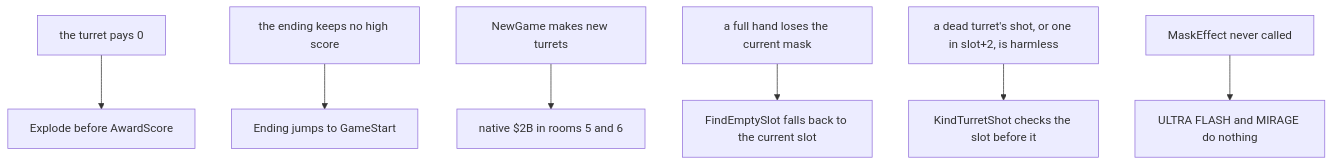
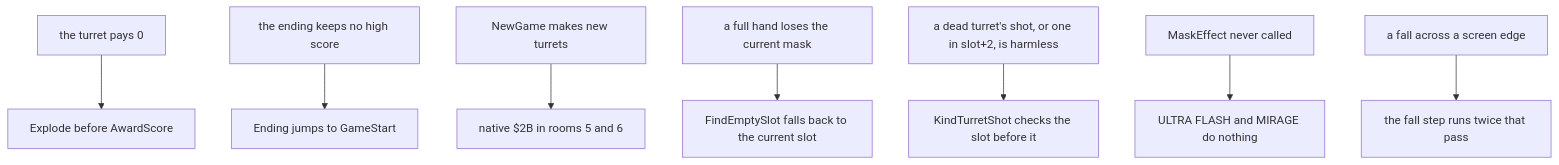
One commit to alfishe/unrealng-reverse-cases changed diagram 21 of 22 in games/mask-iii/docs/10-gameplay-logic.md. Above: the diagram before and after it, drawn with Mermaid. The commit also changed other lines of this file and 20 other files, not shown here.

````diff
--- a/games/mask-iii/docs/10-gameplay-logic.md
+++ b/games/mask-iii/docs/10-gameplay-logic.md
@@ -1667,9 +1669,10 @@
 ```mermaid
 flowchart TD
     B1["the turret pays 0"] --> S1["Explode before AwardScore"]
     B2["the ending keeps no high score"] --> S2["Ending jumps to GameStart"]
     B3["NewGame makes new turrets"] --> S3["native $2B in rooms 5 and 6"]
     B4["a full hand loses the current mask"] --> S4["FindEmptySlot falls back to the current slot"]
     B5["a dead turret's shot, or one in slot+2, is harmless"] --> S5["KindTurretShot checks the slot before it"]
     B6["MaskEffect never called"] --> S6["ULTRA FLASH and MIRAGE do nothing"]
+    B7["a fall across a screen edge"] --> S7["the fall step runs twice that pass"]
 ```
````
